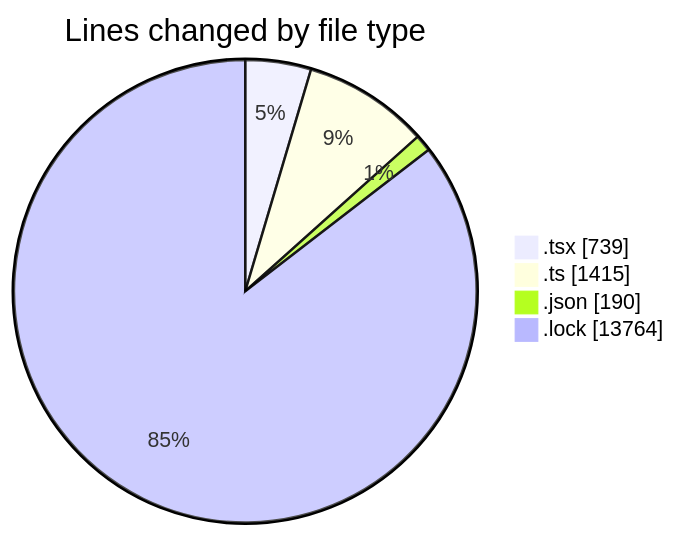
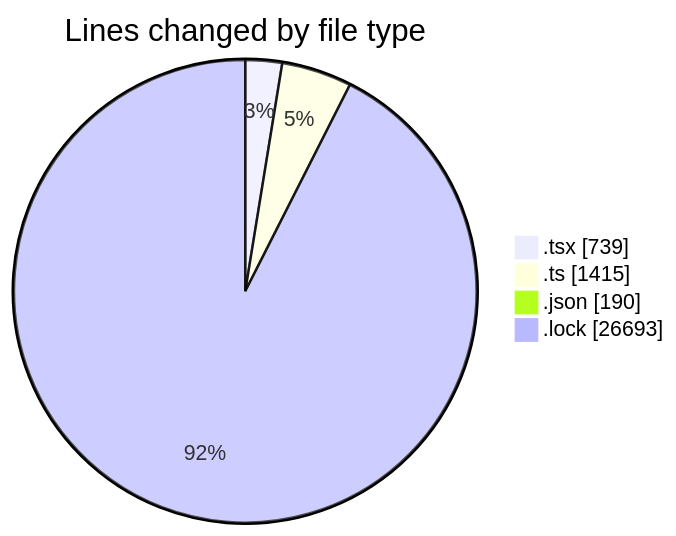
Before and after one commit to momahboobian/code-tracking: the first of 2 diagrams in 2026-03-27/cda/README.md, drawn with Mermaid. The commit also changed other lines of this file and 1 other file, not shown here.

````diff
--- a/2026-03-27/cda/README.md
+++ b/2026-03-27/cda/README.md
@@ -33,8 +34,8 @@
 ```mermaid
 pie showData
 title Lines changed by file type
 ".tsx" : 739
 ".ts" : 1415
 ".json" : 190
-".lock" : 13764
+".lock" : 26693
 ```
````
